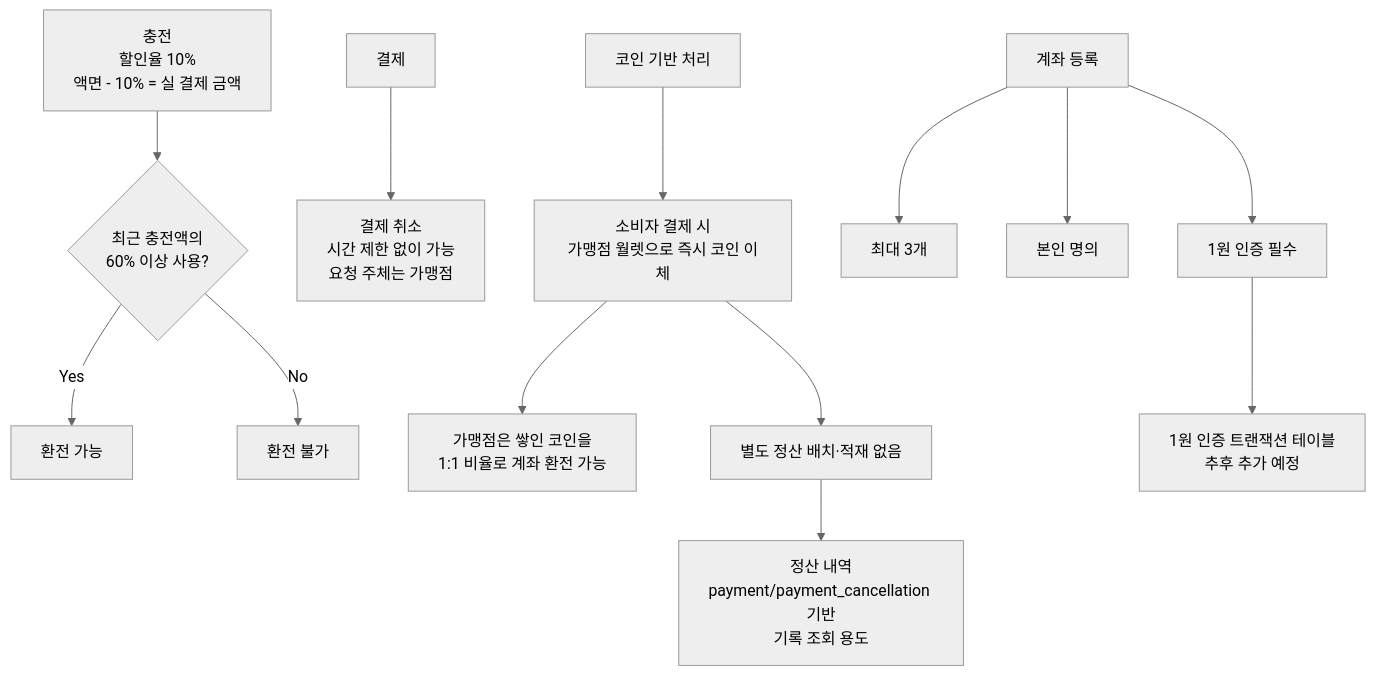
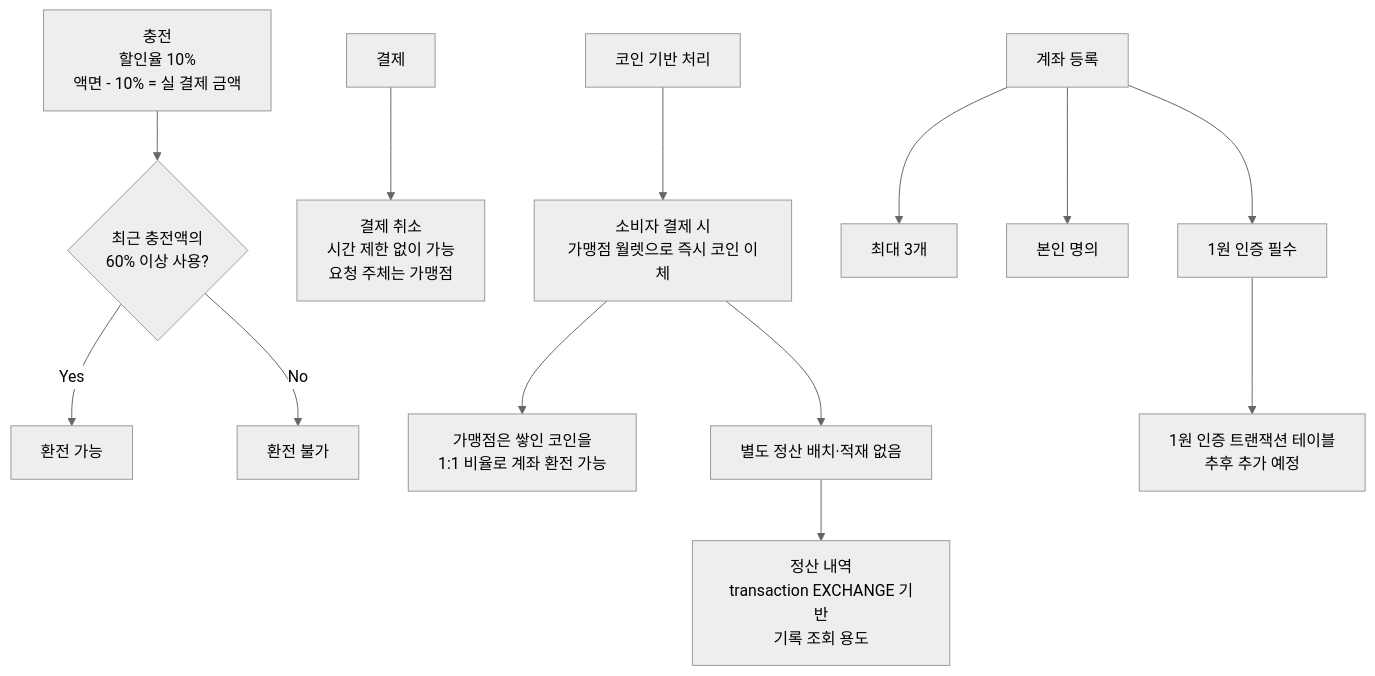
Before and after one commit to Fisa-Family/hangang-pay: the third of 5 diagrams in hangang-pay-be/CLAUDE.md, drawn with Mermaid (neutral theme). The commit also changed other lines of this file and 19 other files, not shown here.

````diff
--- a/hangang-pay-be/CLAUDE.md
+++ b/hangang-pay-be/CLAUDE.md
@@ -288,19 +296,19 @@
 ```mermaid
 flowchart TD
   charge["충전<br/>할인율 10%<br/>액면 - 10% = 실 결제 금액"]
   charge --> usage{"최근 충전액의<br/>60% 이상 사용?"}
   usage -->|Yes| exchange["환전 가능"]
   usage -->|No| noExchange["환전 불가"]
 
   payment["결제"] --> paymentCancel["결제 취소<br/>시간 제한 없이 가능<br/>요청 주체는 가맹점"]
 
   coinFlow["코인 기반 처리"] --> immediateTransfer["소비자 결제 시<br/>가맹점 월렛으로 즉시 코인 이체"]
   immediateTransfer --> merchantExchange["가맹점은 쌓인 코인을<br/>1:1 비율로 계좌 환전 가능"]
   immediateTransfer --> noSettlement["별도 정산 배치·적재 없음"]
-  noSettlement --> settlementHistory["정산 내역<br/>payment/payment_cancellation 기반<br/>기록 조회 용도"]
+  noSettlement --> settlementHistory["정산 내역<br/>transaction EXCHANGE 기반<br/>기록 조회 용도"]
 
   accountRegistration["계좌 등록"] --> accountLimit["최대 3개"]
   accountRegistration --> ownerCheck["본인 명의"]
   accountRegistration --> oneWon["1원 인증 필수"]
   oneWon --> oneWonTx["1원 인증 트랜잭션 테이블<br/>추후 추가 예정"]
 ```
````
